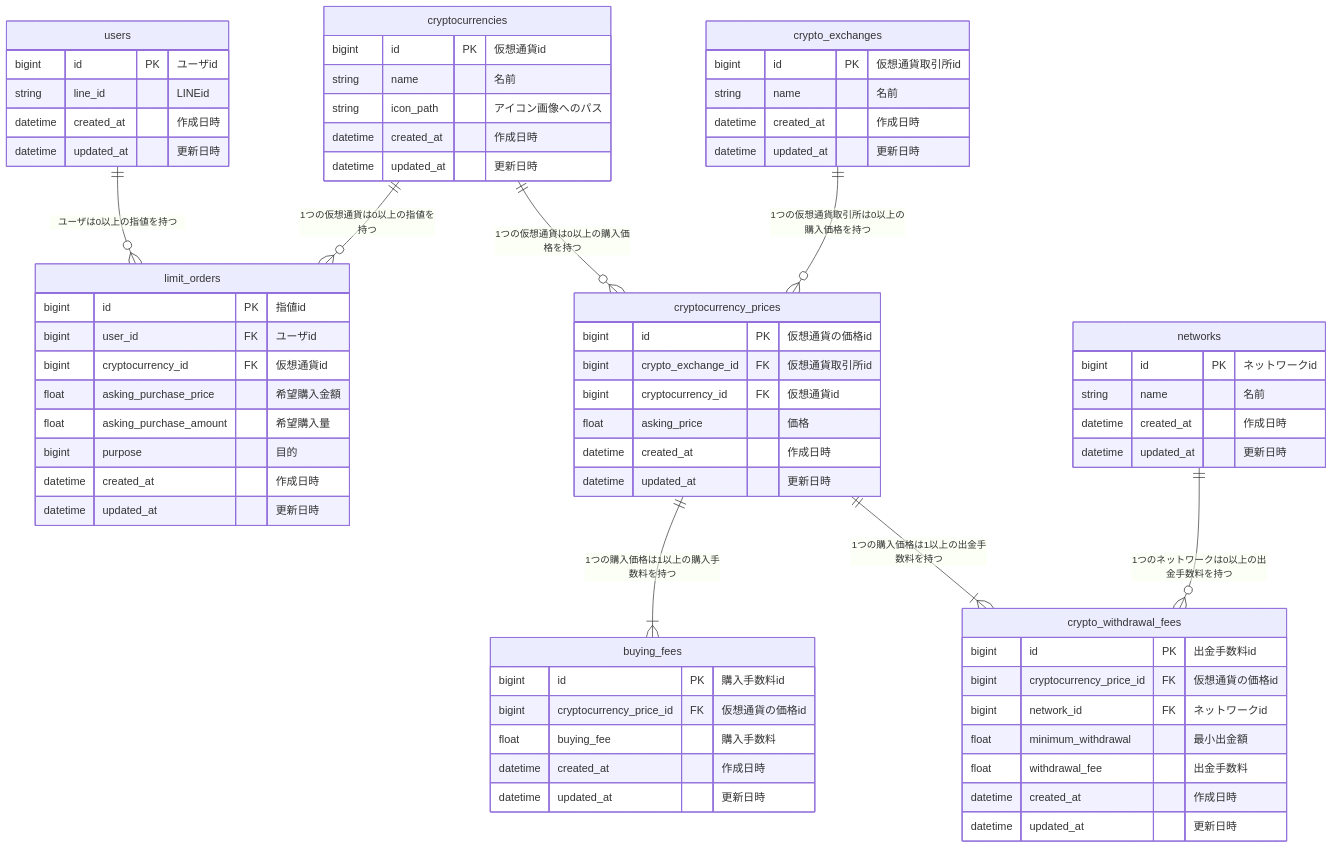
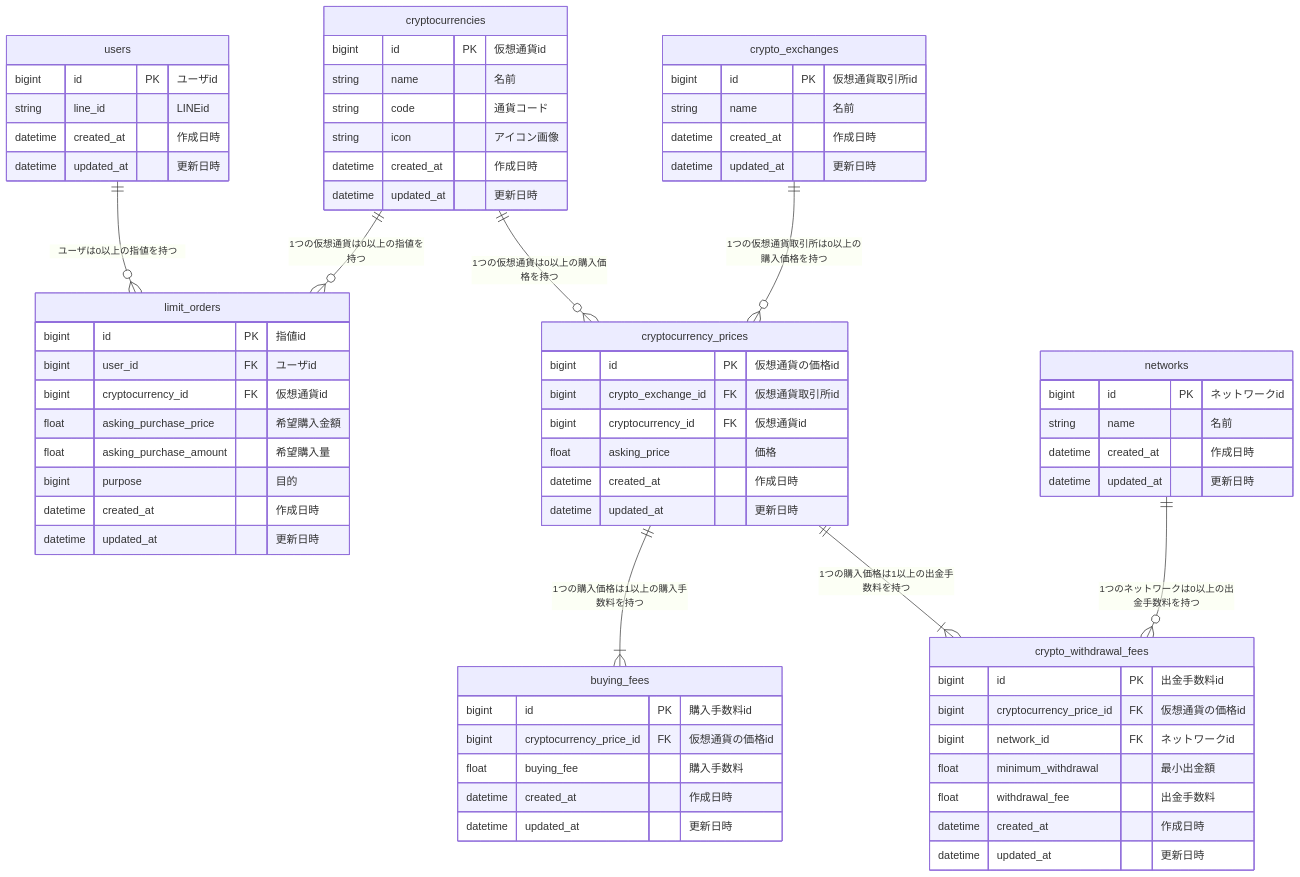
The diagram in README.md (sato-takehiro/crypto-exchange), drawn with Mermaid before and after one commit. The commit also changed 13 other files, not shown here.

````diff
--- a/README.md
+++ b/README.md
@@ -80,79 +80,80 @@
 ```mermaid
 erDiagram
 
 users ||--o{ limit_orders : "ユーザは0以上の指値を持つ"
 cryptocurrencies ||--o{ limit_orders : "1つの仮想通貨は0以上の指値を持つ"
 cryptocurrencies ||--o{ cryptocurrency_prices : "1つの仮想通貨は0以上の購入価格を持つ"
 crypto_exchanges ||--o{ cryptocurrency_prices : "1つの仮想通貨取引所は0以上の購入価格を持つ"
 cryptocurrency_prices ||--|{ buying_fees : "1つの購入価格は1以上の購入手数料を持つ"
 cryptocurrency_prices ||--|{ crypto_withdrawal_fees : "1つの購入価格は1以上の出金手数料を持つ"
 networks ||--o{ crypto_withdrawal_fees : "1つのネットワークは0以上の出金手数料を持つ"
 
 users {
     bigint id PK "ユーザid"
     string line_id "LINEid"
     datetime created_at "作成日時"
     datetime updated_at "更新日時"
 }
 
 limit_orders {
     bigint id PK "指値id"
     bigint user_id FK "ユーザid"
     bigint cryptocurrency_id FK "仮想通貨id"
     float asking_purchase_price "希望購入金額"
     float asking_purchase_amount "希望購入量"
     bigint purpose "目的"
     datetime created_at "作成日時"
     datetime updated_at "更新日時"
 }
 
 cryptocurrencies {
     bigint id PK "仮想通貨id"
     string name "名前"
-    string icon_path "アイコン画像へのパス"
+    string code "通貨コード"
+    string icon "アイコン画像"
     datetime created_at "作成日時"
     datetime updated_at "更新日時"
 }
 
 networks {
     bigint id PK "ネットワークid"
     string name "名前"
     datetime created_at "作成日時"
     datetime updated_at "更新日時"
 }
 
 crypto_exchanges {
     bigint id PK "仮想通貨取引所id"
     string name "名前"
     datetime created_at "作成日時"
     datetime updated_at "更新日時"
 }
 
 cryptocurrency_prices {
     bigint id PK "仮想通貨の価格id"
     bigint crypto_exchange_id FK "仮想通貨取引所id"
     bigint cryptocurrency_id FK "仮想通貨id"
     float asking_price "価格"
     datetime created_at "作成日時"
     datetime updated_at "更新日時"
 }
 
 crypto_withdrawal_fees {
     bigint id PK "出金手数料id"
     bigint cryptocurrency_price_id FK "仮想通貨の価格id"
     bigint network_id FK "ネットワークid"
     float minimum_withdrawal "最小出金額"
     float withdrawal_fee "出金手数料"
     datetime created_at "作成日時"
     datetime updated_at "更新日時"
 }
 
 buying_fees {
     bigint id PK "購入手数料id"
     bigint cryptocurrency_price_id FK "仮想通貨の価格id"
     float buying_fee "購入手数料"
     datetime created_at "作成日時"
     datetime updated_at "更新日時"
 }
 
 ```
````
